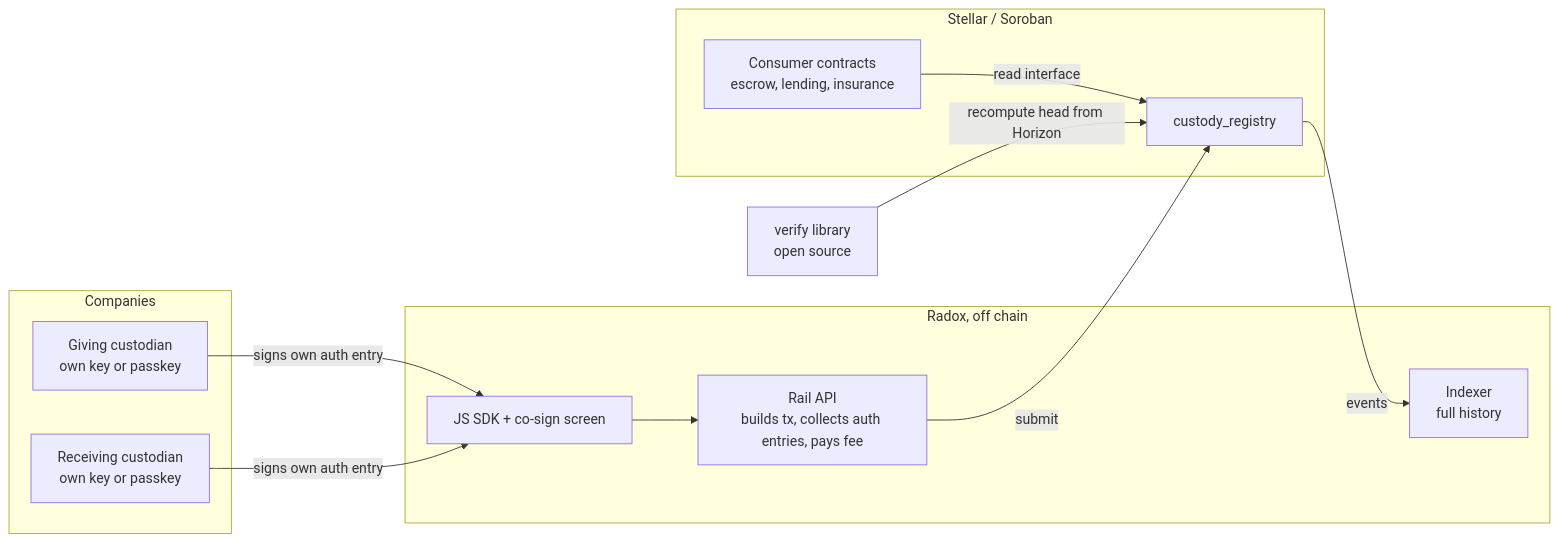
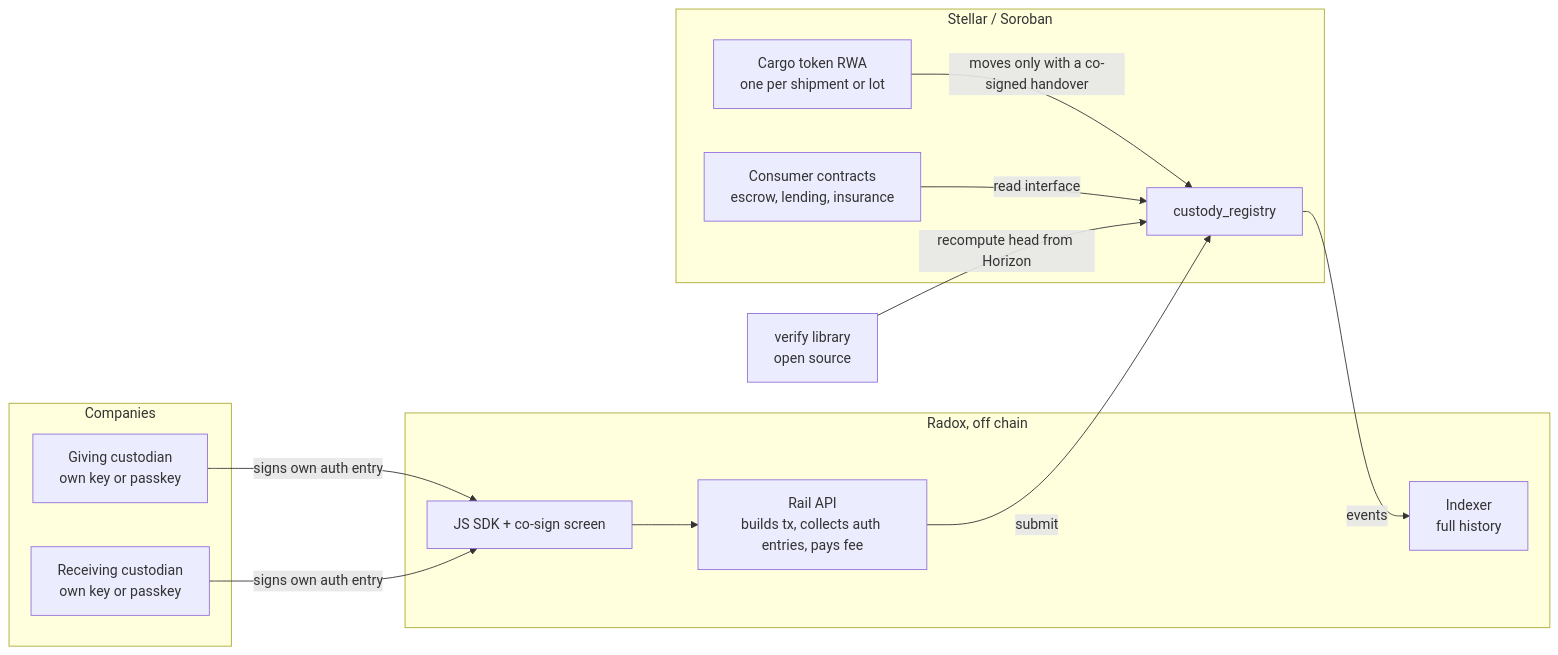
One commit to radox-labs/radox-contracts changed the first of 2 diagrams in contracts/custody_registry/ARCHITECTURE.md. Above: the diagram before and after it, drawn with Mermaid. The commit also changed other lines of this file, not shown here.

First line of the commit message:
docs(custody_registry): cargo token (RWA) in v2 scope of ARCHITECTURE

````diff
--- a/contracts/custody_registry/ARCHITECTURE.md
+++ b/contracts/custody_registry/ARCHITECTURE.md
@@ -18,24 +20,26 @@
 ```mermaid
 flowchart LR
   subgraph Companies
     A[Giving custodian<br/>own key or passkey]
     B[Receiving custodian<br/>own key or passkey]
   end
   subgraph Off-chain [Radox, off chain]
     API[Rail API<br/>builds tx, collects auth entries, pays fee]
     IDX[Indexer<br/>full history]
     SDK[JS SDK + co-sign screen]
   end
   subgraph Stellar [Stellar / Soroban]
     REG[custody_registry]
+    TOK[Cargo token RWA<br/>one per shipment or lot]
     CON[Consumer contracts<br/>escrow, lending, insurance]
   end
   VER[verify library<br/>open source]
   A -- signs own auth entry --> SDK
   B -- signs own auth entry --> SDK
   SDK --> API
   API -- submit --> REG
   REG -- events --> IDX
+  TOK -- moves only with a co-signed handover --> REG
   CON -- read interface --> REG
   VER -- recompute head from Horizon --> REG
 ```
````
